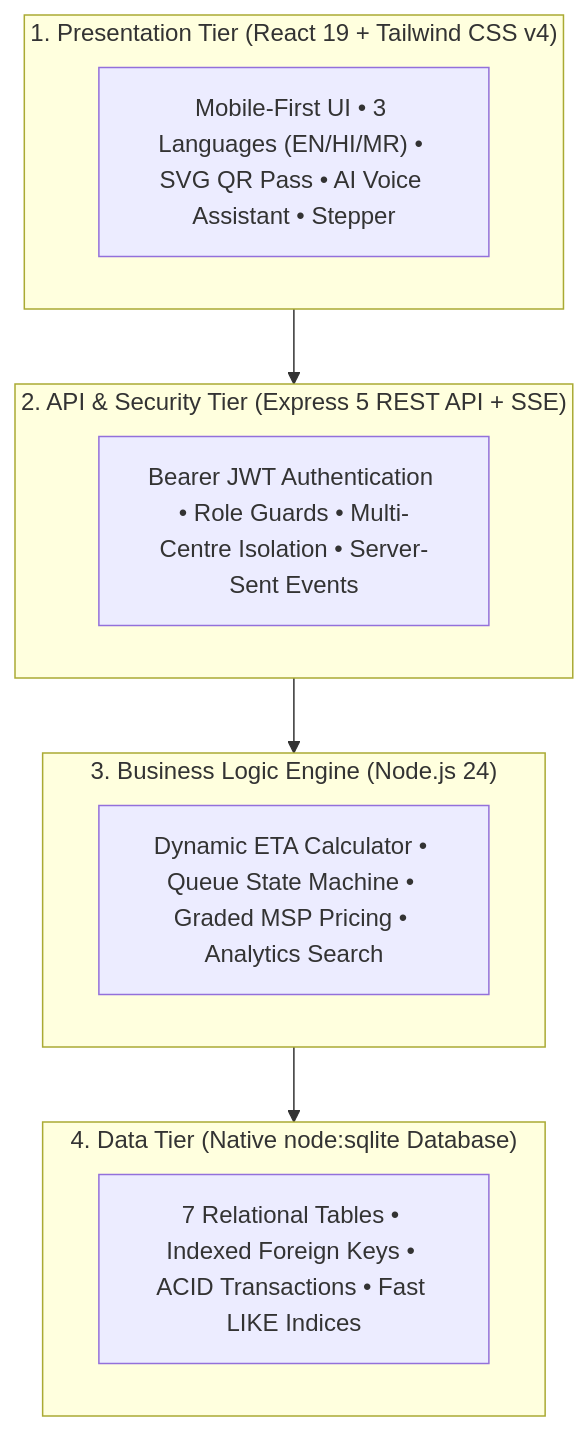
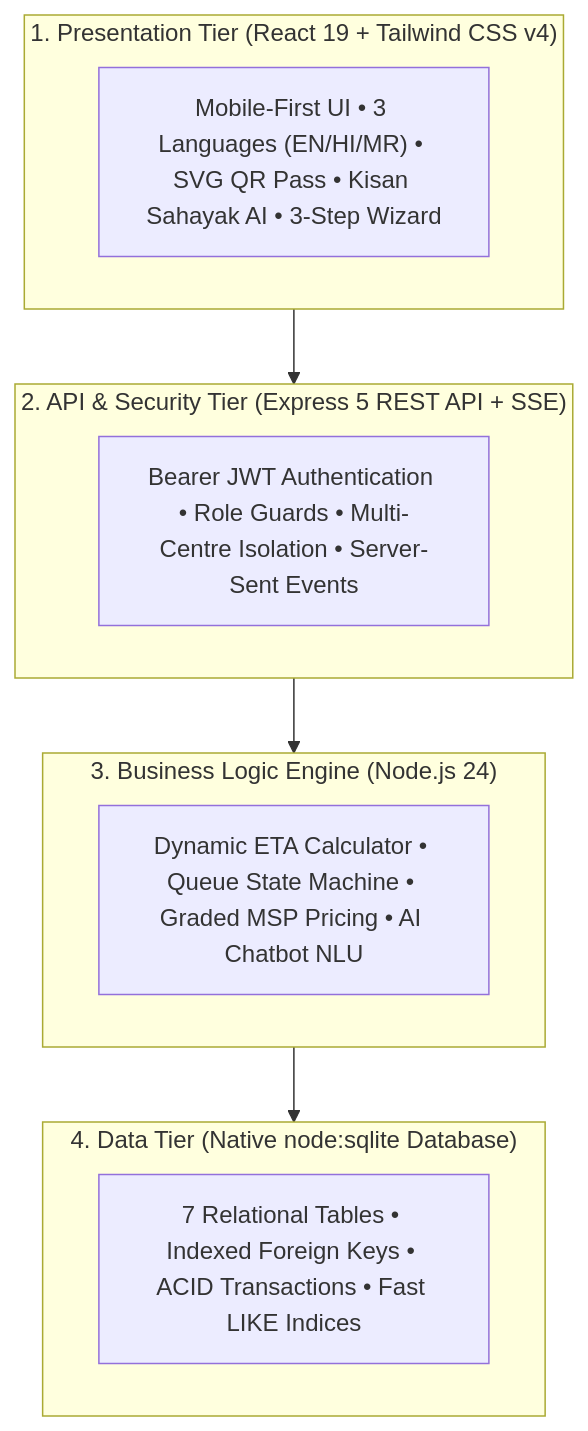
Before and after one commit to ayus0109/ProcureFlow: the fourth of 4 diagrams in README.md, drawn with Mermaid. The commit also changed other lines of this file, not shown here.

Commit message:
docs: update README with Kisan Sahayak AI Chatbot, 3-step wizard, operating slots, and technical flowcharts

````diff
--- a/README.md
+++ b/README.md
@@ -152,20 +165,20 @@
 ```mermaid
 graph TD
     subgraph L1["1. Presentation Tier (React 19 + Tailwind CSS v4)"]
-        A["Mobile-First UI • 3 Languages (EN/HI/MR) • SVG QR Pass • AI Voice Assistant • Stepper"]
+        A["Mobile-First UI • 3 Languages (EN/HI/MR) • SVG QR Pass • Kisan Sahayak AI • 3-Step Wizard"]
     end
     
     subgraph L2["2. API & Security Tier (Express 5 REST API + SSE)"]
         B["Bearer JWT Authentication • Role Guards • Multi-Centre Isolation • Server-Sent Events"]
     end
     
     subgraph L3["3. Business Logic Engine (Node.js 24)"]
-        C["Dynamic ETA Calculator • Queue State Machine • Graded MSP Pricing • Analytics Search"]
+        C["Dynamic ETA Calculator • Queue State Machine • Graded MSP Pricing • AI Chatbot NLU"]
     end
     
     subgraph L4["4. Data Tier (Native node:sqlite Database)"]
         D["7 Relational Tables • Indexed Foreign Keys • ACID Transactions • Fast LIKE Indices"]
     end
 
     L1 --> L2 --> L3 --> L4
 ```
````
